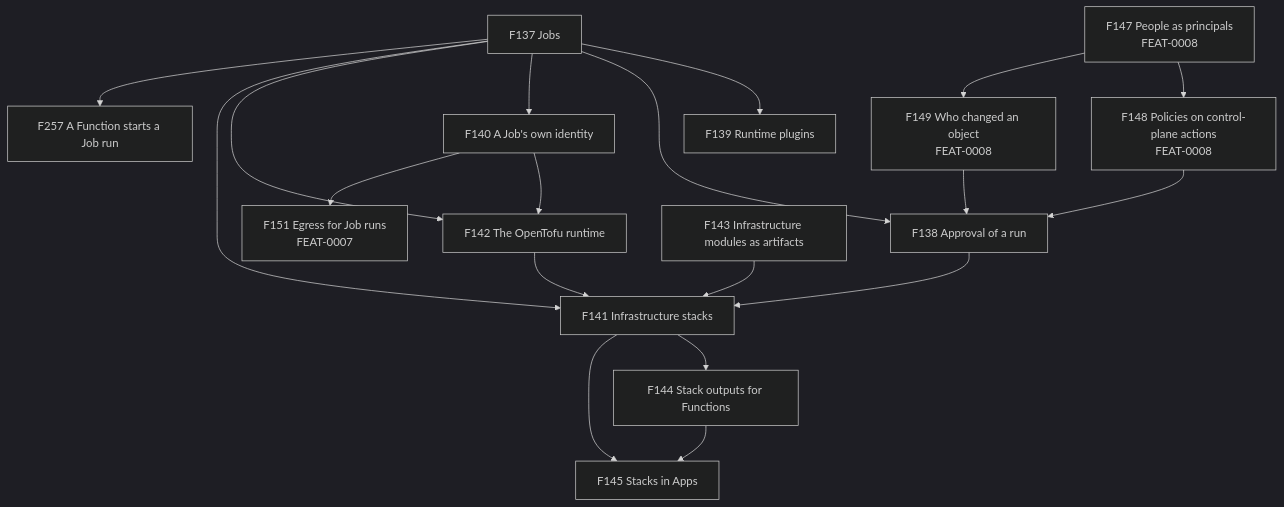
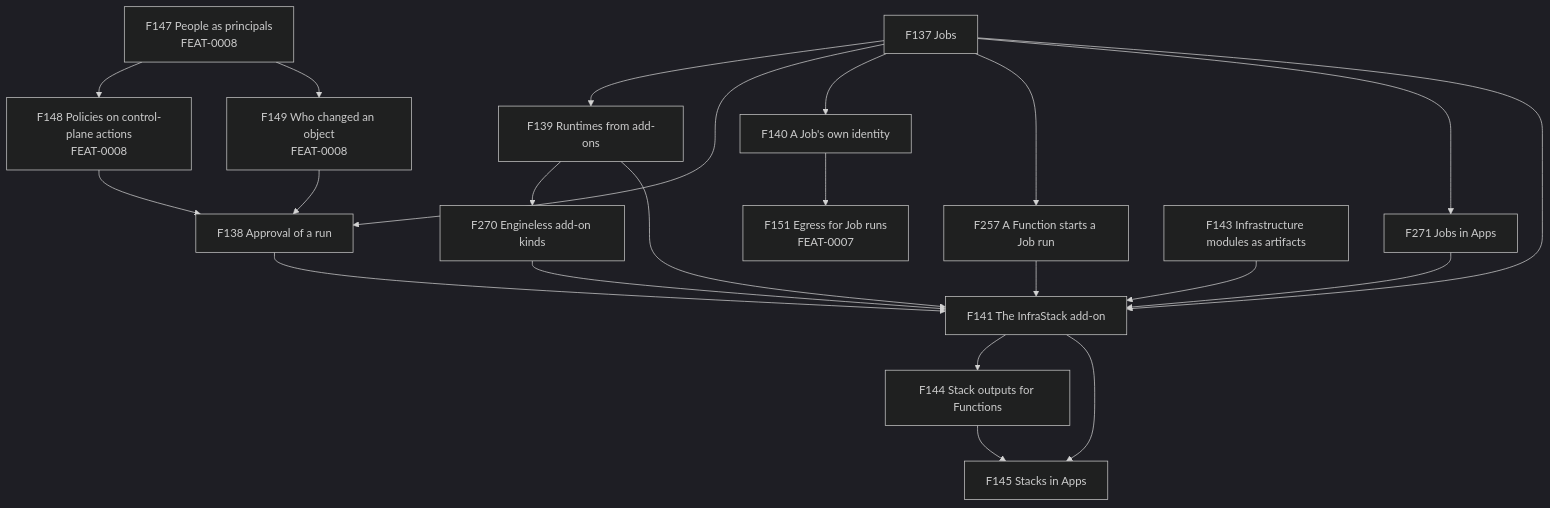
The first of 2 diagrams in docs/feat/0012-feat-infrastack.md (pyvvo/funcd), drawn with Mermaid (dark theme) before and after one commit. The commit also changed other lines of this file and 3 other files, not shown here.

First line of the commit message:
docs(feat): InfraStack is an add-on that ships its OpenTofu runtime

````diff
--- a/docs/feat/0012-feat-infrastack.md
+++ b/docs/feat/0012-feat-infrastack.md
@@ -49,21 +50,24 @@
 ```mermaid
 flowchart TB
-    F137["F137 Jobs"] --> F139["F139 Runtime plugins"]
+    F137["F137 Jobs"] --> F139["F139 Runtimes from add-ons"]
     F137 --> F138["F138 Approval of a run"]
     F137 --> F140["F140 A Job's own identity"]
+    F137 --> F257["F257 A Function starts a Job run"]
+    F137 --> F271["F271 Jobs in Apps"]
+    F139 --> F270["F270 Engineless add-on kinds"]
     F147["F147 People as principals<br/>FEAT-0008"] --> F148["F148 Policies on control-plane actions<br/>FEAT-0008"]
     F147 --> F149["F149 Who changed an object<br/>FEAT-0008"]
     F148 --> F138
     F149 --> F138
-    F137 --> F142["F142 The OpenTofu runtime"]
-    F140 --> F142
     F140 --> F151["F151 Egress for Job runs<br/>FEAT-0007"]
-    F137 --> F141["F141 Infrastructure stacks"]
+    F137 --> F141["F141 The InfraStack add-on"]
     F138 --> F141
-    F142 --> F141
+    F139 --> F141
+    F257 --> F141
+    F270 --> F141
+    F271 --> F141
     F143["F143 Infrastructure modules as artifacts"] --> F141
     F141 --> F144["F144 Stack outputs for Functions"]
     F141 --> F145["F145 Stacks in Apps"]
     F144 --> F145
-    F137 --> F257["F257 A Function starts a Job run"]
 ```
````
